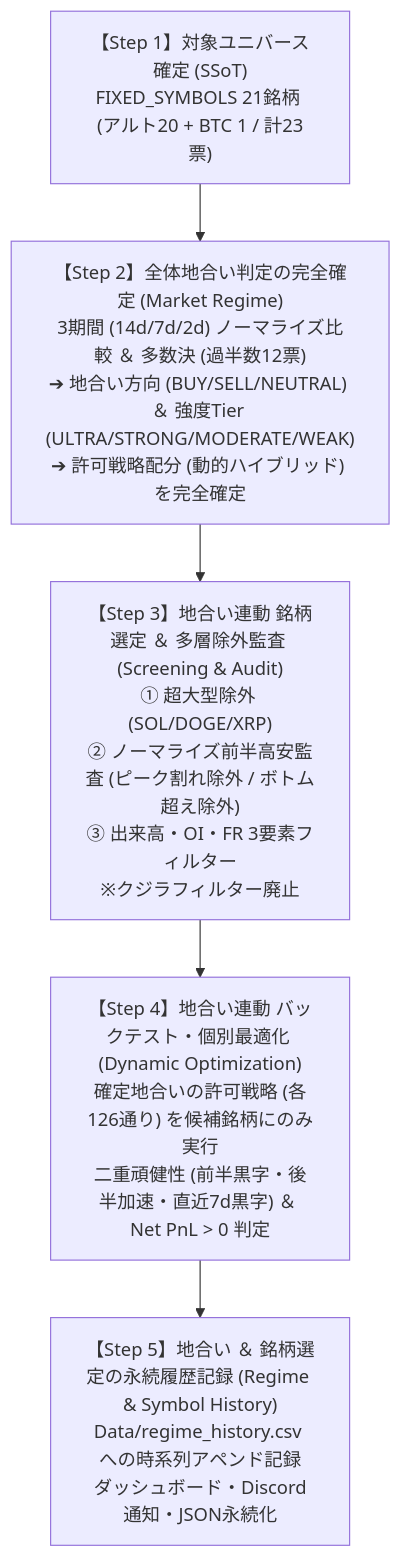
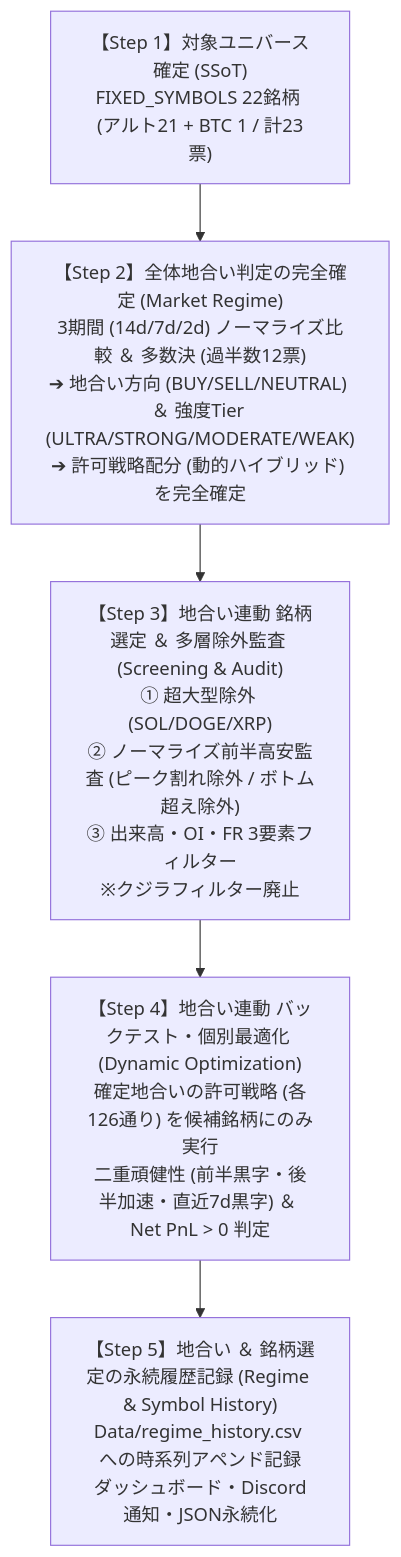
One commit to motioFX/bingx5_46 changed the second of 2 diagrams in PROJECT_RULES.md. Above: the diagram before and after it, drawn with Mermaid. The commit also changed other lines of this file and 11 other files, not shown here.

````diff
--- a/PROJECT_RULES.md
+++ b/PROJECT_RULES.md
@@ -170,8 +171,8 @@
 ```mermaid
 flowchart TD
-    Step1["【Step 1】対象ユニバース確定 (SSoT)<br>FIXED_SYMBOLS 21銘柄 (アルト20 + BTC 1 / 計23票)"] --> Step2
+    Step1["【Step 1】対象ユニバース確定 (SSoT)<br>FIXED_SYMBOLS 22銘柄 (アルト21 + BTC 1 / 計23票)"] --> Step2
     Step2["【Step 2】全体地合い判定の完全確定 (Market Regime)<br>3期間 (14d/7d/2d) ノーマライズ比較 ＆ 多数決 (過半数12票)<br>➔ 地合い方向 (BUY/SELL/NEUTRAL) ＆ 強度Tier (ULTRA/STRONG/MODERATE/WEAK)<br>➔ 許可戦略配分 (動的ハイブリッド) を完全確定"] --> Step3
     Step3["【Step 3】地合い連動 銘柄選定 ＆ 多層除外監査 (Screening & Audit)<br>① 超大型除外 (SOL/DOGE/XRP)<br>② ノーマライズ前半高安監査 (ピーク割れ除外 / ボトム超え除外)<br>③ 出来高・OI・FR 3要素フィルター<br>※クジラフィルター廃止"] --> Step4
     Step4["【Step 4】地合い連動 バックテスト・個別最適化 (Dynamic Optimization)<br>確定地合いの許可戦略 (各126通り) を候補銘柄にのみ実行<br>二重頑健性 (前半黒字・後半加速・直近7d黒字) ＆ Net PnL > 0 判定"] --> Step5
     Step5["【Step 5】地合い ＆ 銘柄選定の永続履歴記録 (Regime & Symbol History)<br>Data/regime_history.csv への時系列アペンド記録<br>ダッシュボード・Discord通知・JSON永続化"]
 ```
````
